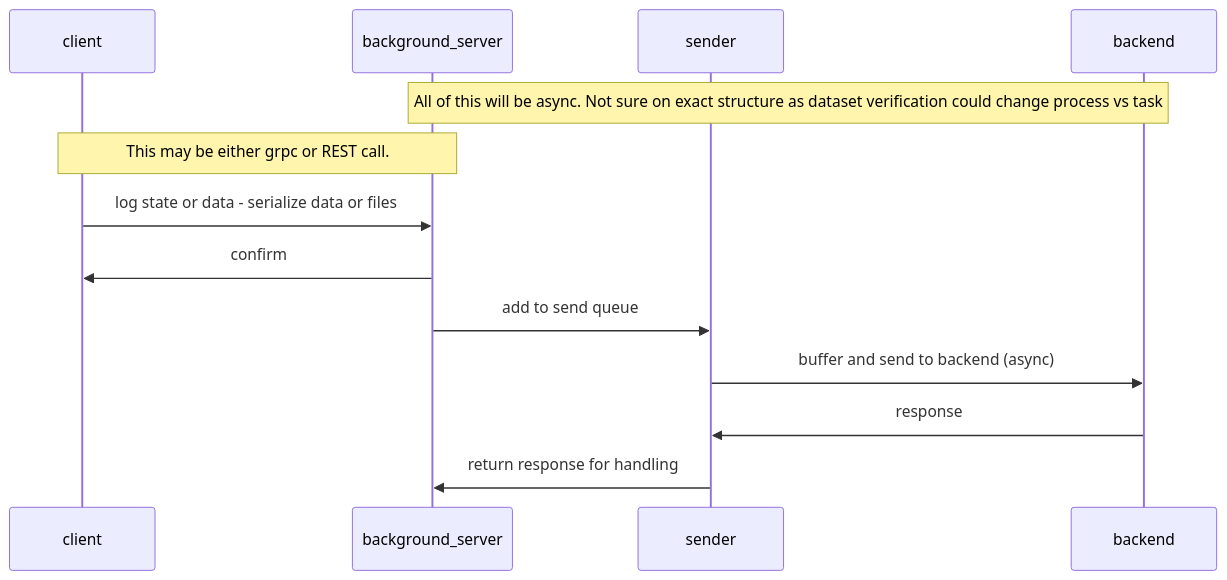
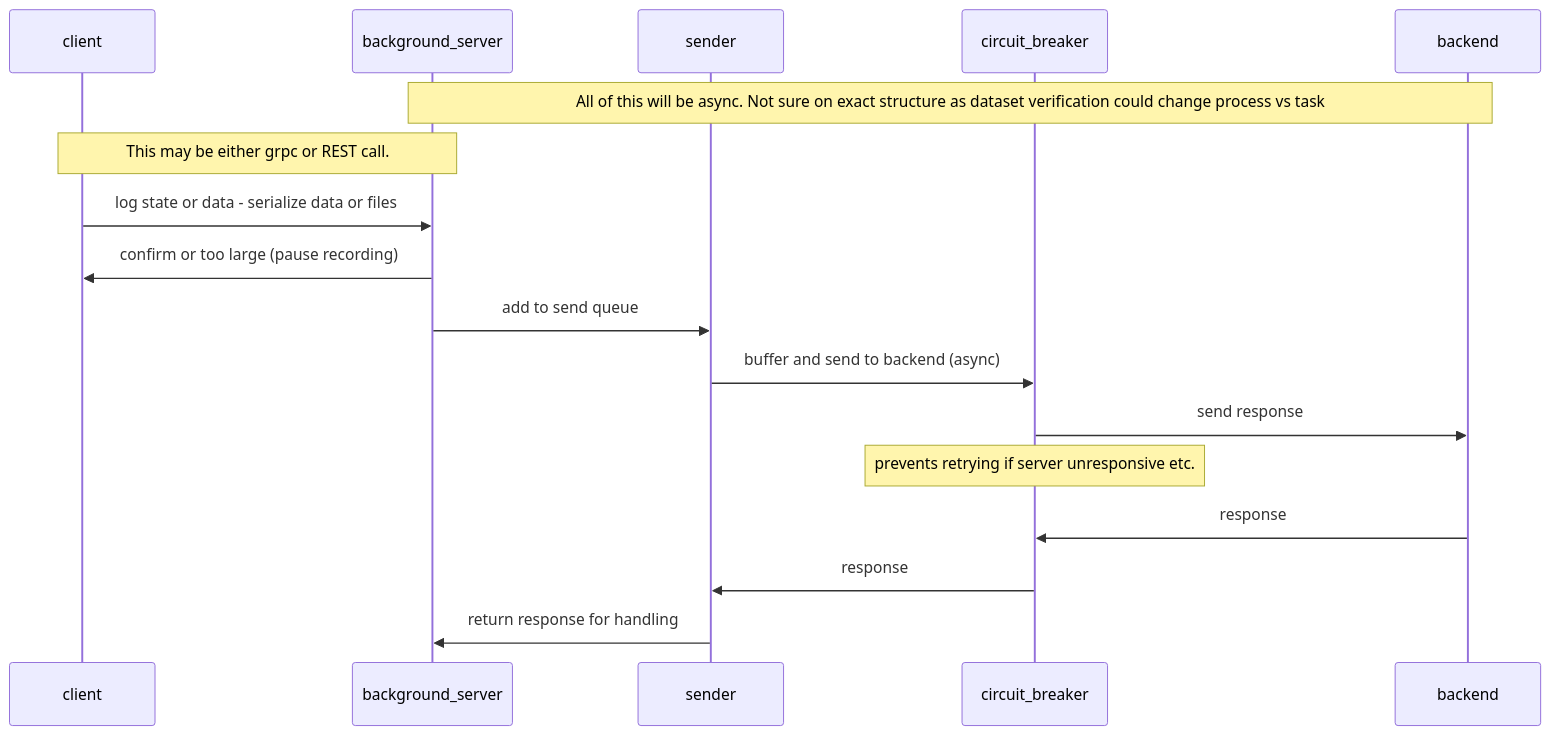
The first of 3 diagrams in docs/design/architecture.md (seclea/seclea_ai), drawn with Mermaid before and after one commit. The commit also changed other lines of this file, not shown here.

````diff
--- a/docs/design/architecture.md
+++ b/docs/design/architecture.md
@@ -16,19 +43,23 @@
 ```mermaid
     sequenceDiagram
   
     participant c as client
     participant b_s as background_server
     participant s as sender
+    participant cb as circuit_breaker
     participant b as backend
     
     
     Note over b_s, b: All of this will be async. Not sure on exact structure as dataset verification could change process vs task
     Note over c, b_s: This may be either grpc or REST call.
     c->>b_s: log state or data - serialize data or files
     
-    b_s->>c: confirm
+    b_s->>c: confirm or too large (pause recording)
     b_s->>s: add to send queue
-    s->>b: buffer and send to backend (async)
-    b->>s: response
+    s->>cb: buffer and send to backend (async)
+    cb->>b: send response
+    Note over cb: prevents retrying if server unresponsive etc.
+    b->>cb: response
+    cb->>s: response
     s->>b_s: return response for handling
 ```
````
